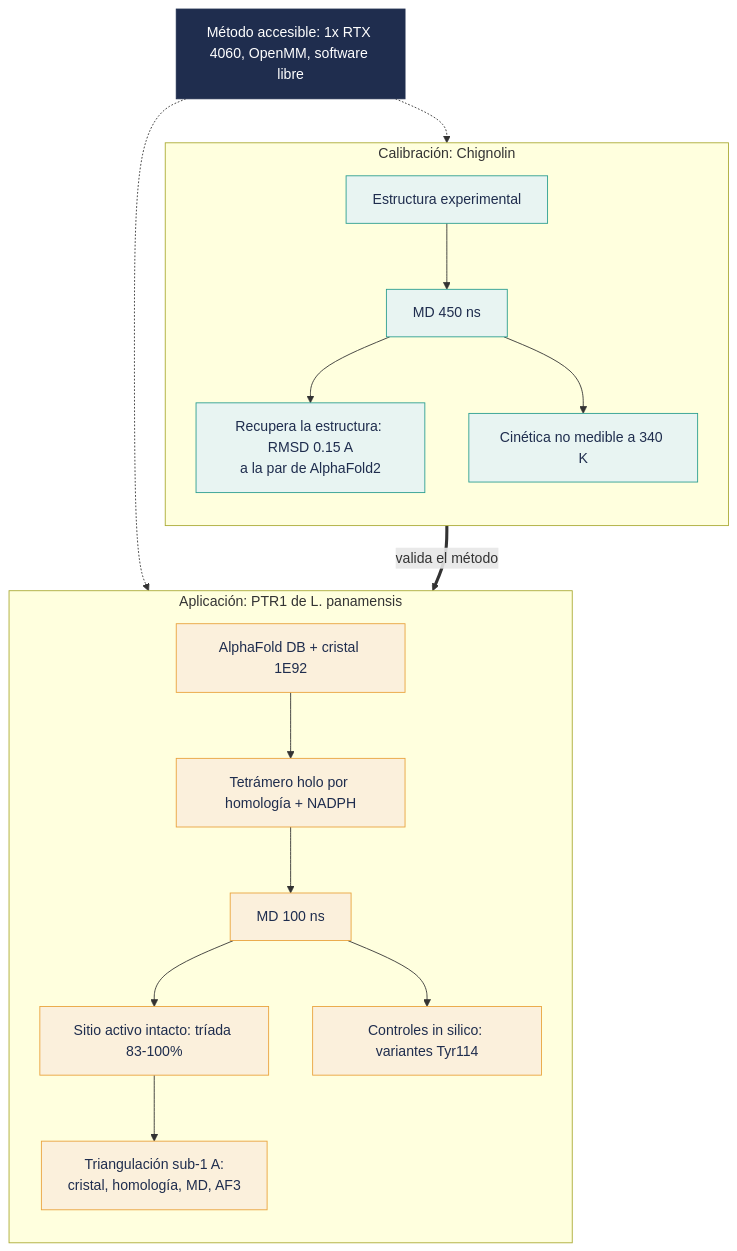
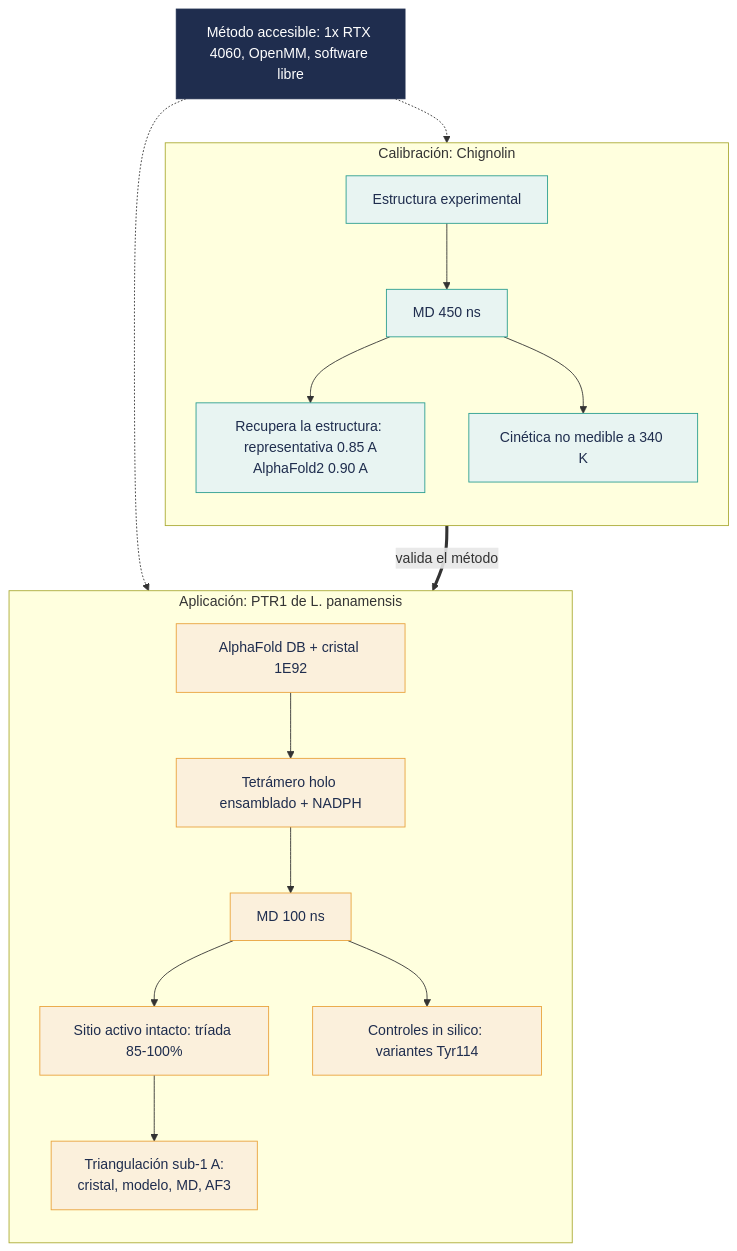
One commit to cpu-16/ptr1-leishmania-md-gpu changed the diagram in README.md. Above: the diagram before and after it, drawn with Mermaid. The commit also changed other lines of this file and 3 other files, not shown here.

````diff
--- a/README.md
+++ b/README.md
@@ -44,31 +44,31 @@
 ```mermaid
 flowchart TB
     MET["Método accesible: 1x RTX 4060, OpenMM, software libre"]
 
     subgraph CAL["Calibración: Chignolin"]
         direction TB
         C1["Estructura experimental"] --> C2["MD 450 ns"]
-        C2 --> C3["Recupera la estructura: RMSD 0.15 A<br/>a la par de AlphaFold2"]
+        C2 --> C3["Recupera la estructura: representativa 0.85 A<br/>AlphaFold2 0.90 A"]
         C2 --> C4["Cinética no medible a 340 K"]
     end
 
     subgraph APP["Aplicación: PTR1 de L. panamensis"]
         direction TB
-        P1["AlphaFold DB + cristal 1E92"] --> P2["Tetrámero holo por homología + NADPH"]
+        P1["AlphaFold DB + cristal 1E92"] --> P2["Tetrámero holo ensamblado + NADPH"]
         P2 --> P3["MD 100 ns"]
-        P3 --> P4["Sitio activo intacto: tríada 83-100%"]
+        P3 --> P4["Sitio activo intacto: tríada 85-100%"]
         P3 --> P5["Controles in silico: variantes Tyr114"]
-        P4 --> P6["Triangulación sub-1 A:<br/>cristal, homología, MD, AF3"]
+        P4 --> P6["Triangulación sub-1 A:<br/>cristal, modelo, MD, AF3"]
     end
 
     MET -.-> CAL
     MET -.-> APP
     CAL ==>|valida el método| APP
 
     classDef cal fill:#E8F4F2,stroke:#2A9D8F,color:#1F2D4E;
     classDef app fill:#FBF0DC,stroke:#E9A23B,color:#1F2D4E;
     classDef met fill:#1F2D4E,stroke:#1F2D4E,color:#FFFFFF;
     class C1,C2,C3,C4 cal;
     class P1,P2,P3,P4,P5,P6 app;
     class MET met;
 ```
````
